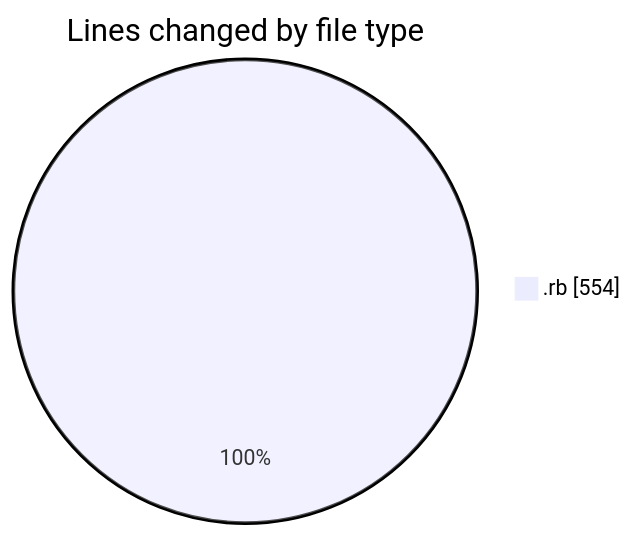
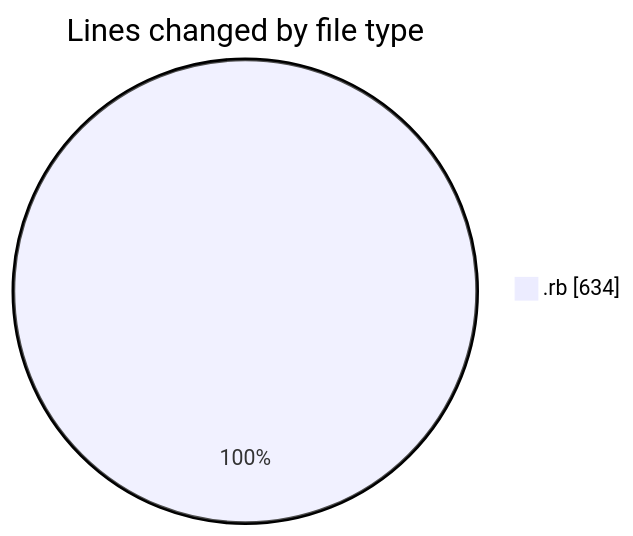
The first of 2 diagrams in 2025-06-18/app__container_registration-app__calm-app__/README.md (seballot/code-tracking), drawn with Mermaid before and after one commit. The commit also changed other lines of this file and 1 other file, not shown here.

````diff
--- a/2025-06-18/app__container_registration-app__calm-app__/README.md
+++ b/2025-06-18/app__container_registration-app__calm-app__/README.md
@@ -20,5 +20,5 @@
 ```mermaid
 pie showData
 title Lines changed by file type
-".rb" : 554
+".rb" : 634
 ```
````
